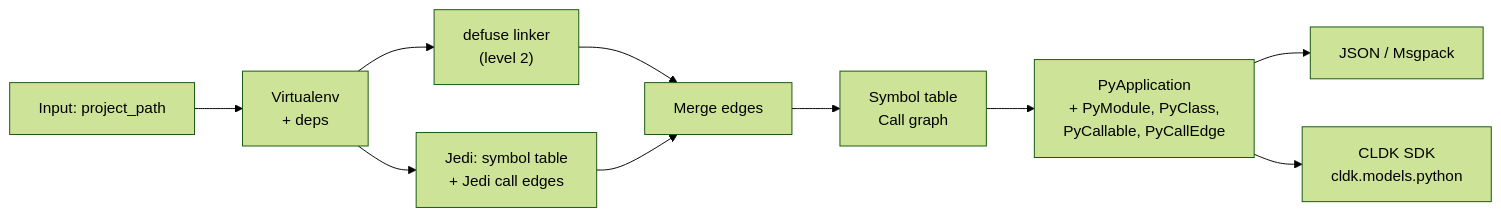
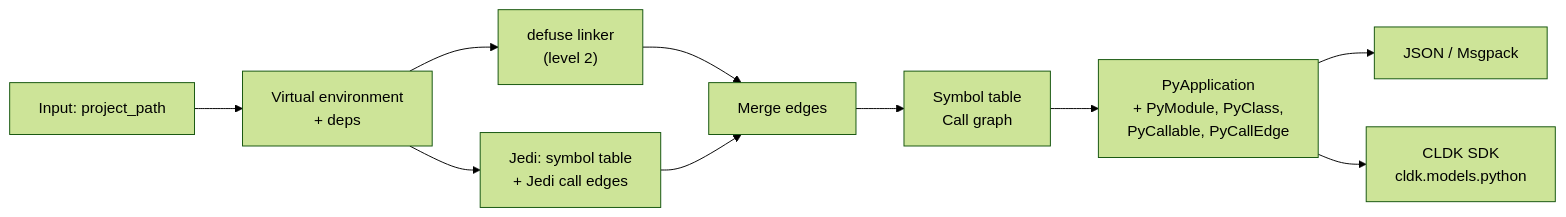
Before and after one commit to codellm-devkit/docs: the diagram in src/content/docs/backends/codeanalyzer-python.mdx, drawn with Mermaid (forest theme). The commit also changed other lines of this file and 7 other files, not shown here.

````diff
--- a/src/content/docs/backends/codeanalyzer-python.mdx
+++ b/src/content/docs/backends/codeanalyzer-python.mdx
@@ -22,12 +24,12 @@
 ```mermaid
 flowchart LR
-    A["Input: project_path"] --> B["Virtualenv<br/>+ deps"]
+    A["Input: project_path"] --> B["Virtual environment<br/>+ deps"]
     B --> C["Jedi: symbol table<br/>+ Jedi call edges"]
     B --> D["defuse linker<br/>(level 2)"]
     D --> E["Merge edges"]
     C --> E
     E --> F["Symbol table<br/>Call graph"]
     F --> G["PyApplication<br/>+ PyModule, PyClass,<br/>PyCallable, PyCallEdge"]
     G --> H["JSON / Msgpack"]
     G --> I["CLDK SDK<br/>cldk.models.python"]
 ```
````
